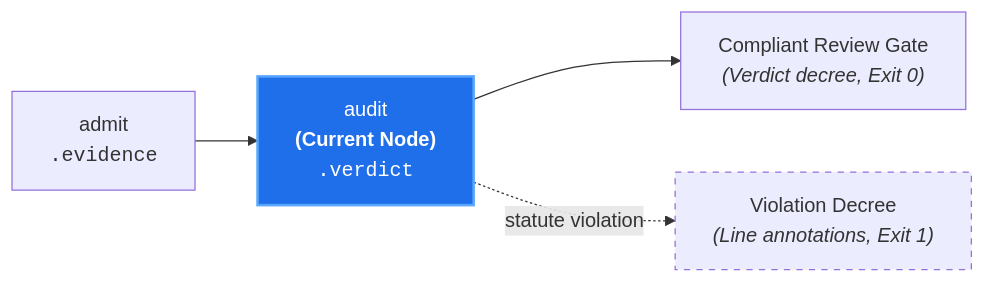
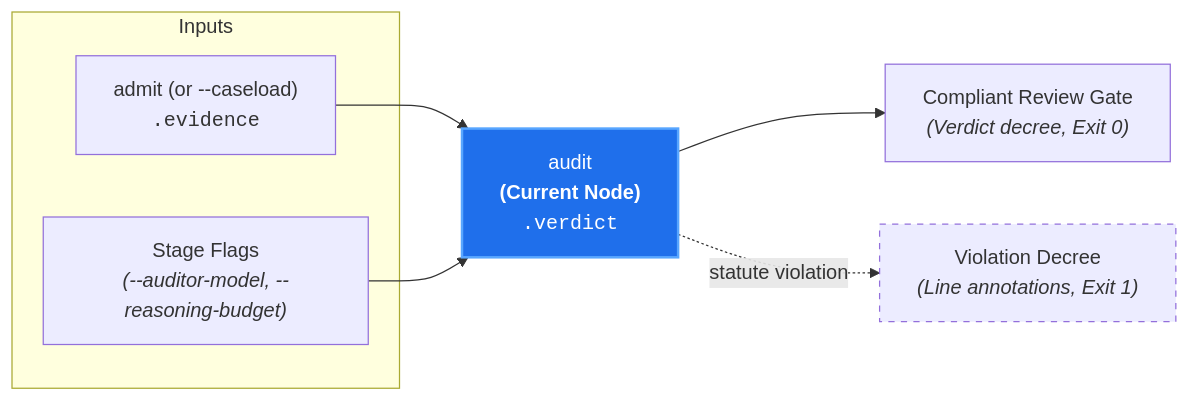
One commit to PAIR-code/canon-clerk changed the diagram in docs/architecture/nodes/audit.md. Above: the diagram before and after it, drawn with Mermaid. The commit also changed 8 other files, not shown here.

Commit message:
docs(architecture): enrich localized node diagrams with stage flags and caseload inputs

````diff
--- a/docs/architecture/nodes/audit.md
+++ b/docs/architecture/nodes/audit.md
@@ -22,10 +22,16 @@
 ```mermaid
 flowchart LR
-    Admit["admit<br/><code>.evidence</code>"] --> Audit["audit<br/><b>(Current Node)</b><br/><code>.verdict</code>"]
+    subgraph Inputs["Inputs"]
+        Admit["admit (or --caseload)<br/><code>.evidence</code>"]
+        Params["Stage Flags<br/><i>(--auditor-model, --reasoning-budget)</i>"]
+    end
+
+    Admit --> Audit["audit<br/><b>(Current Node)</b><br/><code>.verdict</code>"]
+    Params --> Audit
 
     Audit --> Compliant["Compliant Review Gate<br/><i>(Verdict decree, Exit 0)</i>"]
     Audit -. "statute violation" .-> Violation["Violation Decree<br/><i>(Line annotations, Exit 1)</i>"]
 
     style Audit fill:#1f6feb,stroke:#58a6ff,stroke-width:2px,color:#fff
     style Violation stroke-dasharray: 5 5
 ```
````
